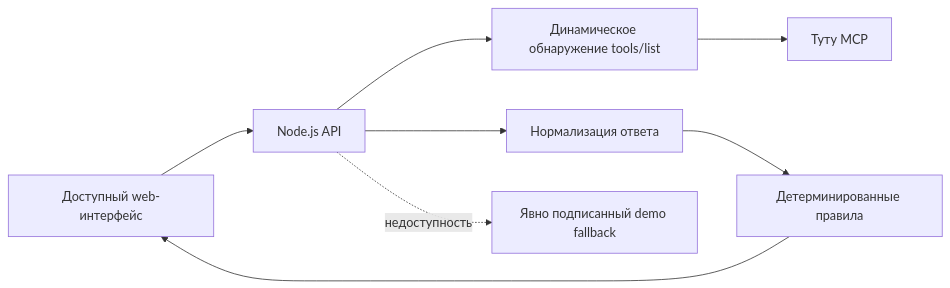
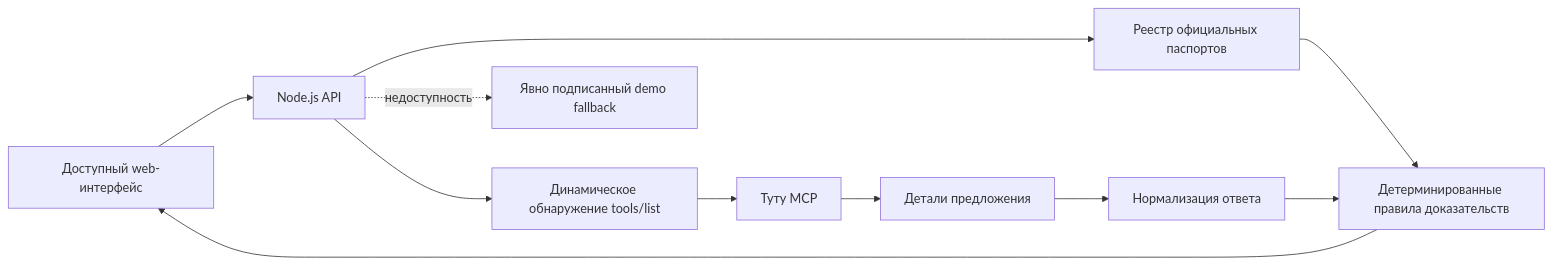
One commit to aidafonda/tutu-mozhno changed the diagram in README.md. Above: the diagram before and after it, drawn with Mermaid. The commit also changed other lines of this file and 10 other files, not shown here.

````diff
--- a/README.md
+++ b/README.md
@@ -49,10 +52,13 @@
 ```mermaid
 flowchart LR
     UI[Доступный web-интерфейс] --> API[Node.js API]
     API --> DISCOVERY[Динамическое обнаружение tools/list]
     DISCOVERY --> MCP[Туту MCP]
-    API --> NORMALIZE[Нормализация ответа]
-    NORMALIZE --> RULES[Детерминированные правила]
+    MCP --> DETAILS[Детали предложения]
+    API --> REGISTRY[Реестр официальных паспортов]
+    DETAILS --> NORMALIZE[Нормализация ответа]
+    REGISTRY --> RULES[Детерминированные правила доказательств]
+    NORMALIZE --> RULES
     RULES --> UI
     API -. недоступность .-> DEMO[Явно подписанный demo fallback]
 ```
````
